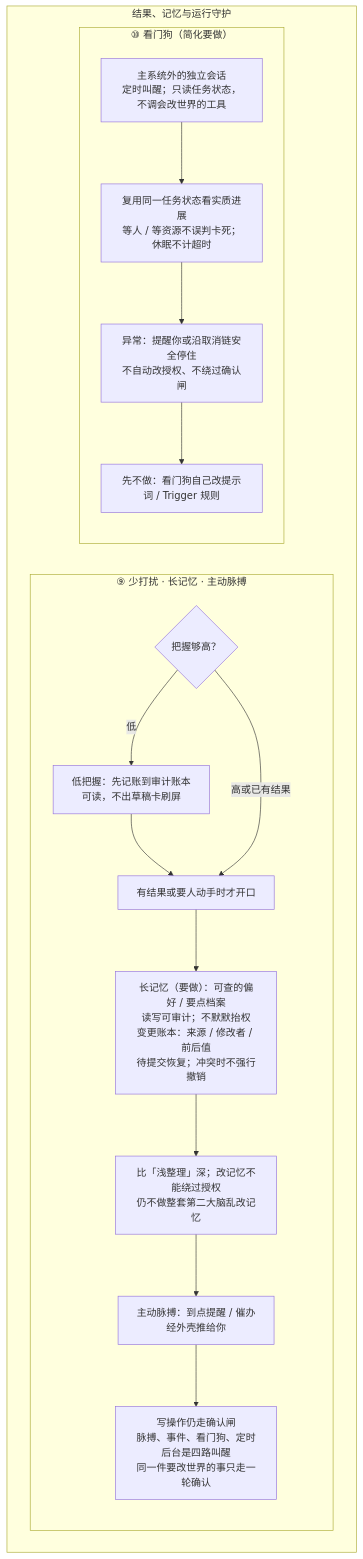
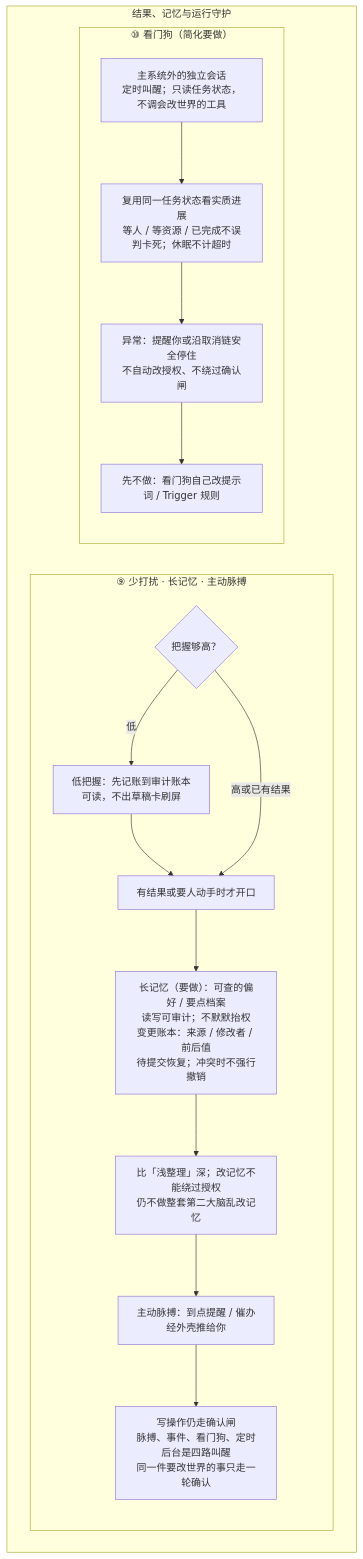
One commit to y4483784-png/omni-butler changed the diagram in docs/envisioned-product/mermaid-rows/04-quiet.mmd. Above: the diagram before and after it, drawn with Mermaid. The commit also changed 9 other files, not shown here.

```diff
--- a/docs/envisioned-product/mermaid-rows/04-quiet.mmd
+++ b/docs/envisioned-product/mermaid-rows/04-quiet.mmd
@@ -1,58 +1,58 @@
 %%{init: {
   "theme": "base",
   "themeVariables": {
     "fontFamily": ""Noto Sans CJK SC", "Noto Sans SC", Inter, system-ui, sans-serif",
     "fontSize": "15px",
     "primaryColor": "#E8F1FF",
     "primaryTextColor": "#0F172A",
     "primaryBorderColor": "#3B82F6",
     "secondaryColor": "#FEF3C7",
     "secondaryTextColor": "#0F172A",
     "secondaryBorderColor": "#D97706",
     "tertiaryColor": "#ECFDF5",
     "tertiaryTextColor": "#0F172A",
     "tertiaryBorderColor": "#059669",
     "lineColor": "#64748B",
     "textColor": "#0F172A",
     "mainBkg": "#F8FAFC",
     "nodeBorder": "#94A3B8",
     "clusterBkg": "#FFFBEB",
     "clusterBorder": "#F59E0B",
     "titleColor": "#0F172A",
     "edgeLabelBackground": "#FFFFFF"
   },
   "flowchart": {
     "curve": "basis",
     "padding": 18,
     "nodeSpacing": 28,
     "rankSpacing": 36,
     "htmlLabels": true
   }
 }}%%
 flowchart LR
   subgraph R4["结果、记忆与运行守护"]
     direction LR
 
     subgraph QUIET["⑨ 少打扰 · 长记忆 · 主动脉搏"]
       direction TB
       conf{把握够高？}
       audit["低把握：先记账到审计账本<br/>可读，不出草稿卡刷屏"]
       speak["有结果或要人动手时才开口"]
       mem["长记忆（要做）：可查的偏好 / 要点档案<br/>读写可审计；不默默抬权<br/>变更账本：来源 / 修改者 / 前后值<br/>待提交恢复；冲突时不强行撤销"]
       mem_note["比「浅整理」深；改记忆不能绕过授权<br/>仍不做整套第二大脑乱改记忆"]
       pulse["主动脉搏：到点提醒 / 催办<br/>经外壳推给你"]
       pulse_note["写操作仍走确认闸<br/>脉搏、事件、看门狗、定时后台是四路叫醒<br/>同一件要改世界的事只走一轮确认"]
       conf -->|低| audit --> speak
       conf -->|高或已有结果| speak
       speak --> mem --> mem_note --> pulse --> pulse_note
     end
 
     subgraph WATCH["⑩ 看门狗（简化要做）"]
       direction TB
       wd["主系统外的独立会话<br/>定时叫醒；只读任务状态，不调会改世界的工具"]
-      wd_check["复用同一任务状态看实质进展<br/>等人 / 等资源不误判卡死；休眠不计超时"]
+      wd_check["复用同一任务状态看实质进展<br/>等人 / 等资源 / 已完成不误判卡死；休眠不计超时"]
       wd_act["异常：提醒你或沿取消链安全停住<br/>不自动改授权、不绕过确认闸"]
       wd_note["先不做：看门狗自己改提示词 / Trigger 规则"]
       wd --> wd_check --> wd_act --> wd_note
     end
   end
```
